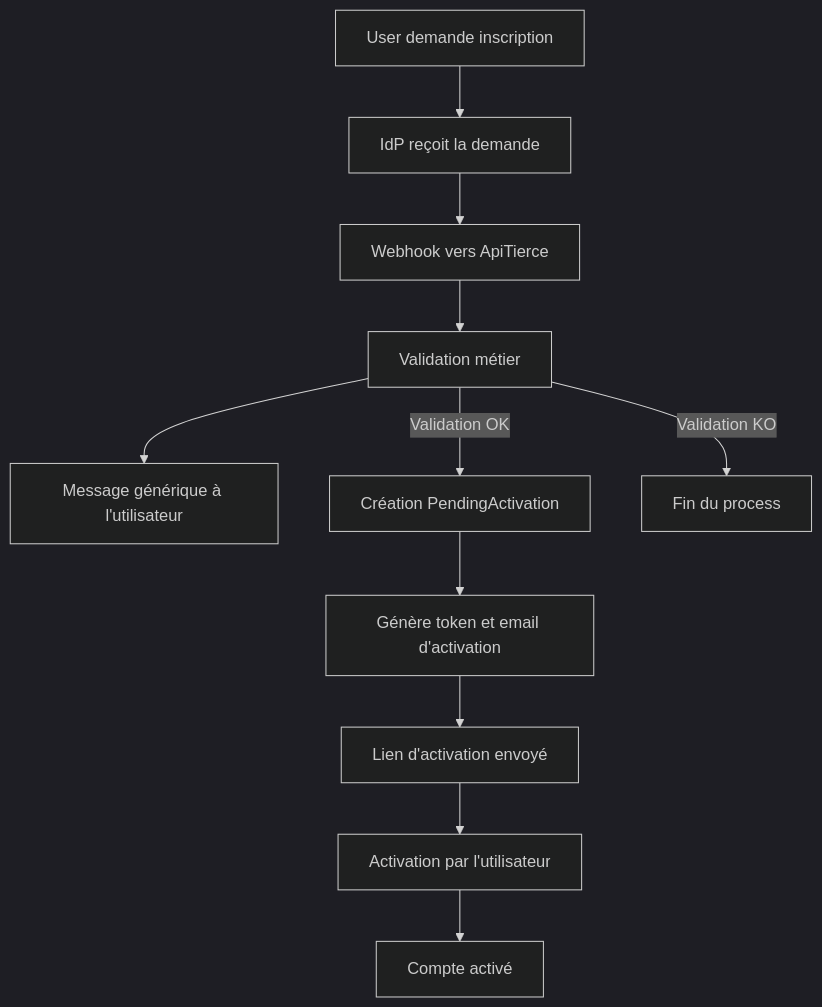
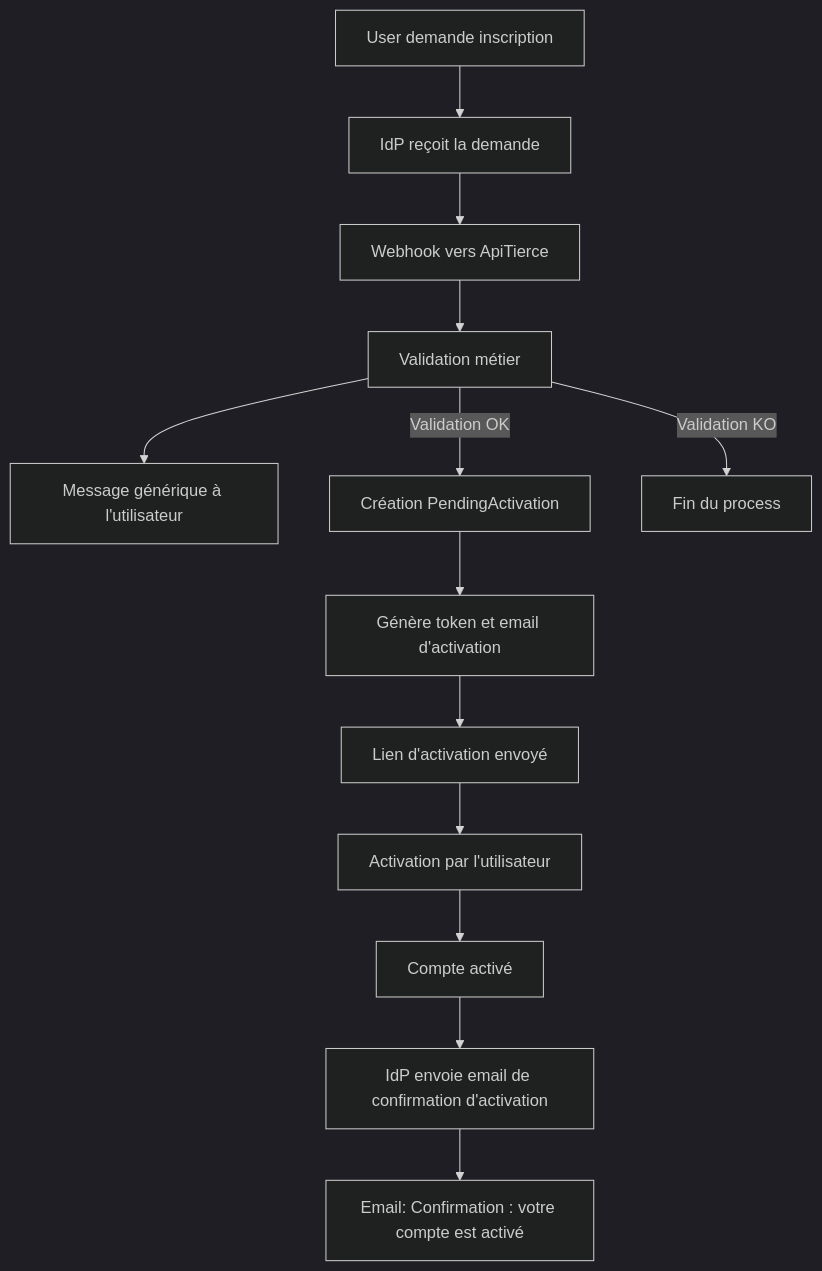
The second of 16 diagrams in docs/identity-flows-mermaid.md (FantasticJoho/johodp), drawn with Mermaid (dark theme) before and after one commit. The commit also changed other lines of this file and 1 other file, not shown here.

Commit message:
feat: Add email confirmation steps for account activation and password reset flows in identity diagrams

````diff
--- a/docs/identity-flows-mermaid.md
+++ b/docs/identity-flows-mermaid.md
@@ -27,13 +29,15 @@
 ```mermaid
 flowchart TD
     A[User demande inscription] --> B[IdP reçoit la demande]
     B --> C[Webhook vers ApiTierce]
     C --> D[Validation métier]
     D --> E[Message générique à l'utilisateur]
     D -->|Validation OK| F[Création PendingActivation]
     F --> G[Génère token et email d'activation]
     G --> H[Lien d'activation envoyé]
     H --> I[Activation par l'utilisateur]
     I --> J[Compte activé]
+    J --> L[IdP envoie email de confirmation d'activation]
+    L --> M[Email: Confirmation : votre compte est activé]
     D -->|Validation KO| K[Fin du process]
 ```
````
